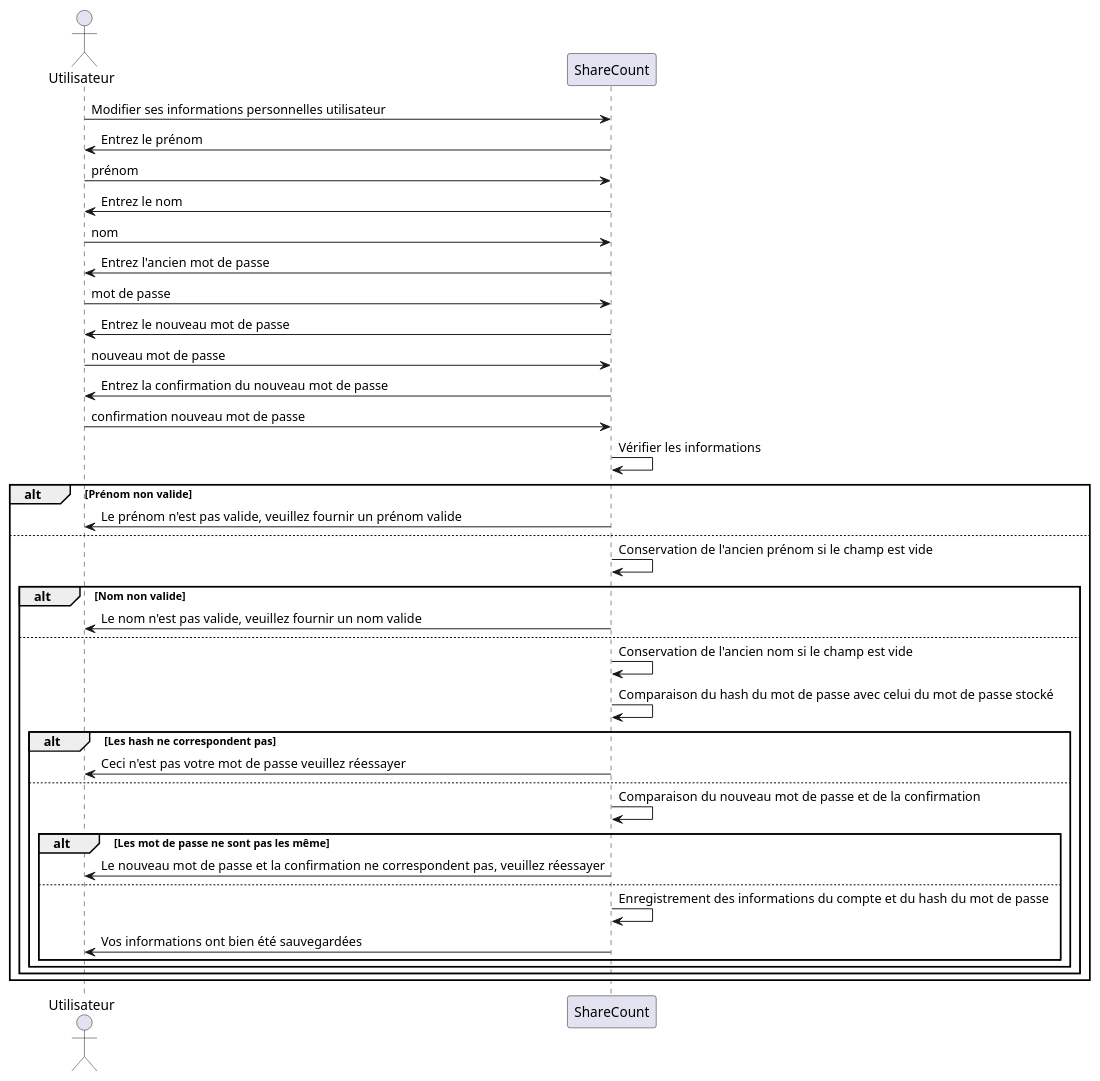
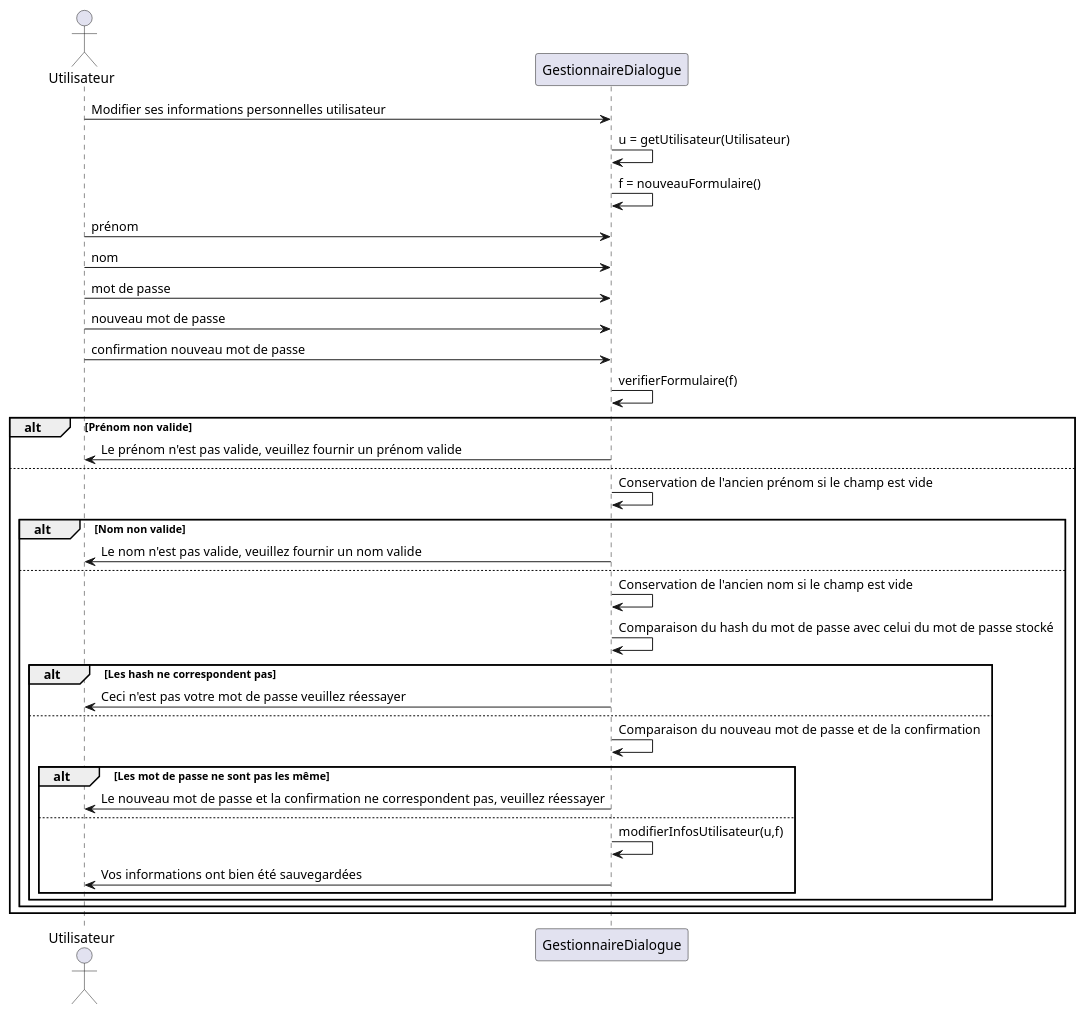
The diagram in diagrammes/conception/modifier-infos-personnelles-utilisateur.puml (lmtb06/sharecount), drawn with PlantUML before and after one commit.

Commit message:
Ajouté le cas d'utilisation de modifier les infos utilisateur pour la conception

```diff
--- a/diagrammes/conception/modifier-infos-personnelles-utilisateur.puml
+++ b/diagrammes/conception/modifier-infos-personnelles-utilisateur.puml
@@ -1,40 +1,36 @@
-@startuml  Modifier infos personnelles
-
+@startuml
 actor "Utilisateur" as user
-participant ShareCount as sc
+participant GestionnaireDialogue as sc
 
 user -> sc : Modifier ses informations personnelles utilisateur
-user 	<- 	sc : Entrez le prénom
+sc 	-> 	sc : u = getUtilisateur(Utilisateur)
+sc 	-> 	sc : f = nouveauFormulaire()
 user 	-> 	sc : prénom
-user 	<- 	sc : Entrez le nom
 user 	-> 	sc : nom
-user 	<- 	sc : Entrez l'ancien mot de passe
 user 	-> 	sc : mot de passe
-user 	<- 	sc : Entrez le nouveau mot de passe
 user 	-> 	sc : nouveau mot de passe
-user 	<- 	sc : Entrez la confirmation du nouveau mot de passe
 user 	-> 	sc : confirmation nouveau mot de passe
-sc 	-> 	sc : Vérifier les informations
+sc 	-> 	sc : verifierFormulaire(f)
 alt Prénom non valide
 user 	<- 	sc : Le prénom n'est pas valide, veuillez fournir un prénom valide
 else
 sc 	-> 	sc : Conservation de l'ancien prénom si le champ est vide
 alt Nom non valide
 user 	<- 	sc : Le nom n'est pas valide, veuillez fournir un nom valide
 else
 sc 	-> 	sc : Conservation de l'ancien nom si le champ est vide
 sc 	->	sc : Comparaison du hash du mot de passe avec celui du mot de passe stocké
 alt Les hash ne correspondent pas
 user 	<- 	sc : Ceci n'est pas votre mot de passe veuillez réessayer
 else
 sc 	-> 	sc : Comparaison du nouveau mot de passe et de la confirmation
 alt Les mot de passe ne sont pas les même
 user 	<- 	sc : Le nouveau mot de passe et la confirmation ne correspondent pas, veuillez réessayer
 else
-sc 	-> 	sc : Enregistrement des informations du compte et du hash du mot de passe
+sc 	-> 	sc : modifierInfosUtilisateur(u,f)
 user 	<- 	sc : Vos informations ont bien été sauvegardées
 end
 end
 end
 end
 @enduml
```
